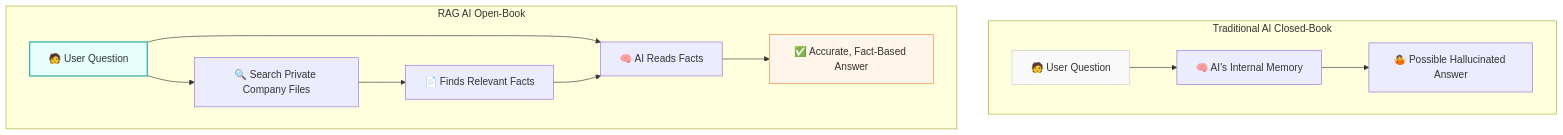
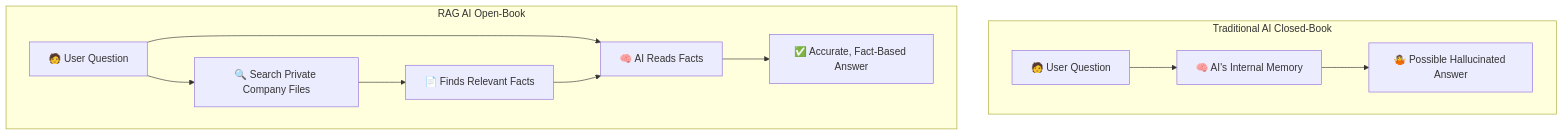
One commit to vdonthireddy/ai-knowledge-base changed the first of 2 diagrams in line05_applied_ai.md. Above: the diagram before and after it, drawn with Mermaid. The commit also changed other lines of this file and 30 other files, not shown here.

Commit message:
chore: Rename files and fix mermaid diagram styles for dark mode compatibility

````diff
--- a/line05_applied_ai.md
+++ b/line05_applied_ai.md
@@ -29,19 +29,16 @@
 ```mermaid
 graph TD
     subgraph Traditional AI Closed-Book
         A[🧑 User Question] --> B[🧠 AI's Internal Memory]
         B --> C[🤷 Possible Hallucinated Answer]
     end
 
     subgraph RAG AI Open-Book
         D[🧑 User Question] --> E[🔍 Search Private Company Files]
         E --> F[📄 Finds Relevant Facts]
         D --> G[🧠 AI Reads Facts]
         F --> G
         G --> H[✅ Accurate, Fact-Based Answer]
     end
     
-    style A fill:#f9f9f9,stroke:#ccc
-    style D fill:#e6fffa,stroke:#38b2ac,stroke-width:2px
-    style H fill:#fff5eb,stroke:#ed8936
 ```
````
